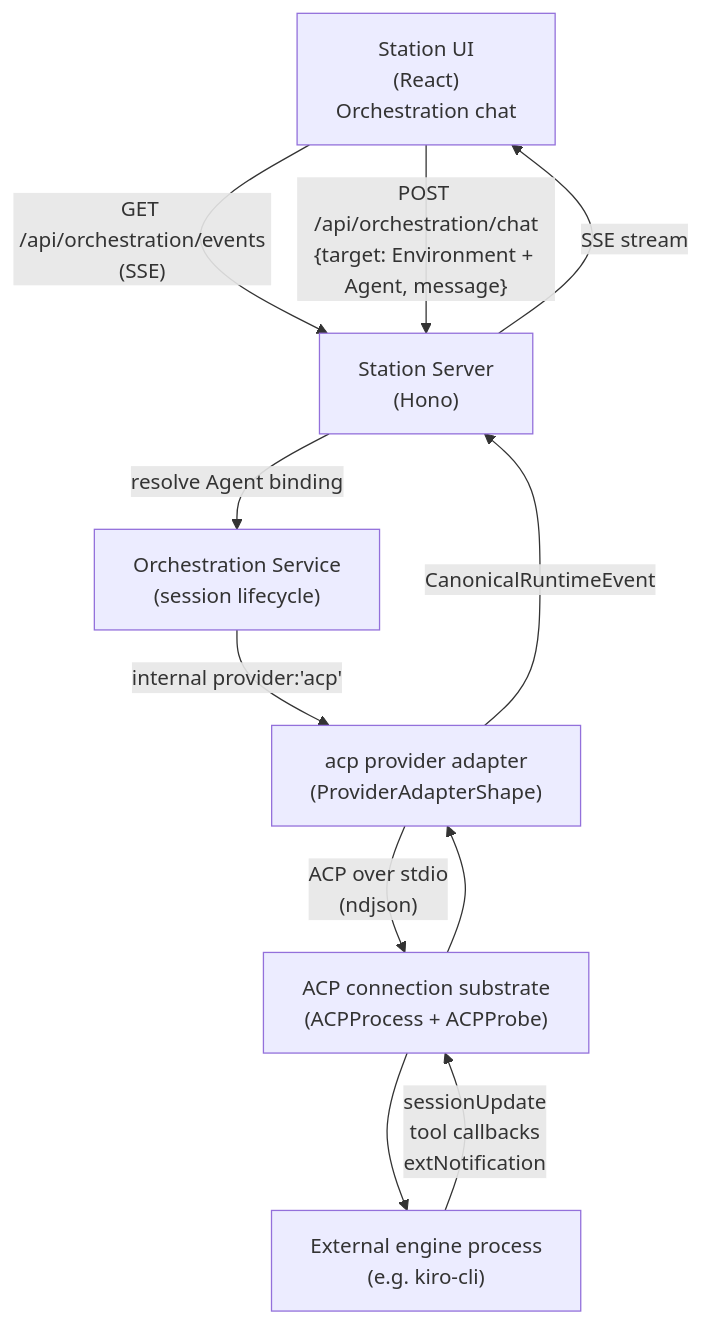
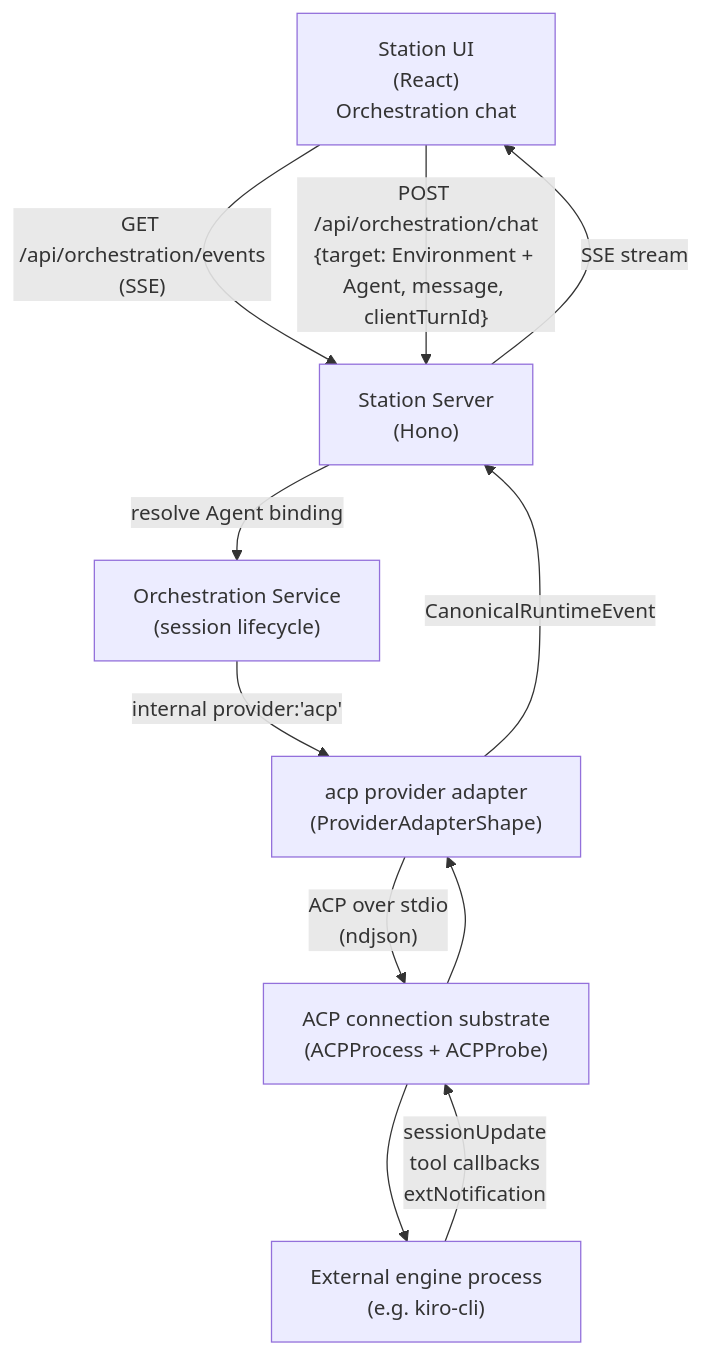
Before and after one commit to kontourai/station: the diagram in docs/guides/acp.md, drawn with Mermaid. The commit also changed 2 other files, not shown here.

Commit message:
docs: align turn key and retention guidance
Refs #3567

````diff
--- a/docs/guides/acp.md
+++ b/docs/guides/acp.md
@@ -48,20 +48,20 @@
 ```mermaid
 graph TD
     UI["Station UI\n(React)\nOrchestration chat"]
     Server["Station Server\n(Hono)"]
     Orchestration["Orchestration Service\n(session lifecycle)"]
     Adapter["acp provider adapter\n(ProviderAdapterShape)"]
     Bridge["ACP connection substrate\n(ACPProcess + ACPProbe)"]
     Runtime["External engine process\n(e.g. kiro-cli)"]
 
     UI -- "GET /api/orchestration/events\n(SSE)" --> Server
-    UI -- "POST /api/orchestration/chat\n{target: Environment + Agent, message}" --> Server
+    UI -- "POST /api/orchestration/chat\n{target: Environment + Agent, message, clientTurnId}" --> Server
     Server -- "resolve Agent binding" --> Orchestration
     Orchestration -- "internal provider:'acp'" --> Adapter
     Adapter -- "ACP over stdio\n(ndjson)" --> Bridge
     Bridge --> Runtime
     Runtime -- "sessionUpdate\ntool callbacks\nextNotification" --> Bridge
     Bridge --> Adapter
     Adapter -- "CanonicalRuntimeEvent" --> Server
     Server -- "SSE stream" --> UI
 ```
````
